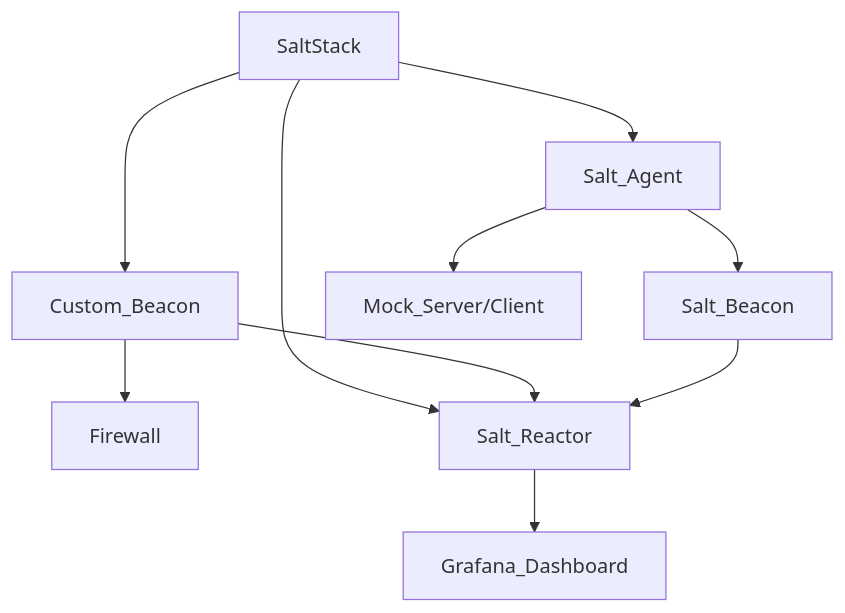
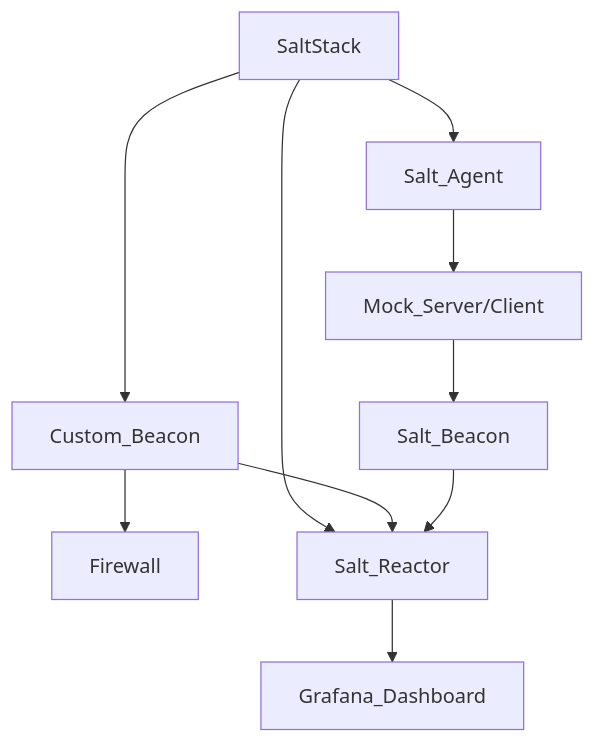
The diagram in README.md (hanfil/CyberSalt), drawn with Mermaid before and after one commit.

````diff
--- a/README.md
+++ b/README.md
@@ -15,12 +15,12 @@
 ```mermaid
 graph TD;
     Custom_Beacon-->Firewall;
     Salt_Reactor-->Grafana_Dashboard;
     SaltStack-->Salt_Reactor;
     SaltStack-->Custom_Beacon;
     Custom_Beacon-->Salt_Reactor;
     SaltStack-->Salt_Agent;
-    Salt_Agent-->Salt_Beacon;
+    Mock_Server/Client-->Salt_Beacon;
     Salt_Beacon-->Salt_Reactor;
     Salt_Agent-->Mock_Server/Client;
 ```
````
